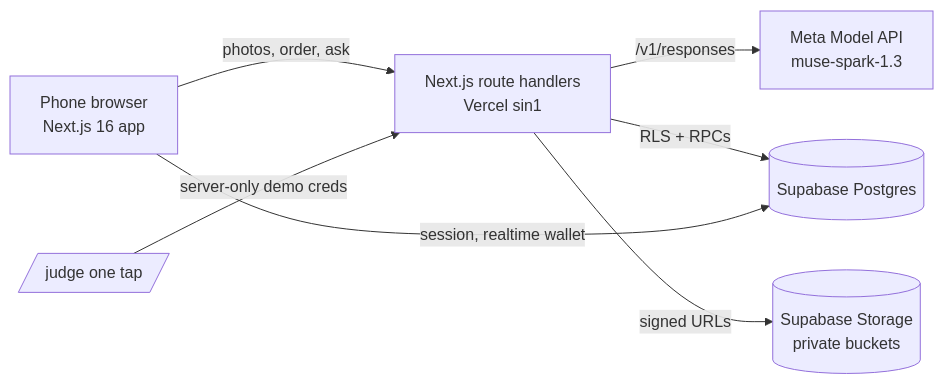
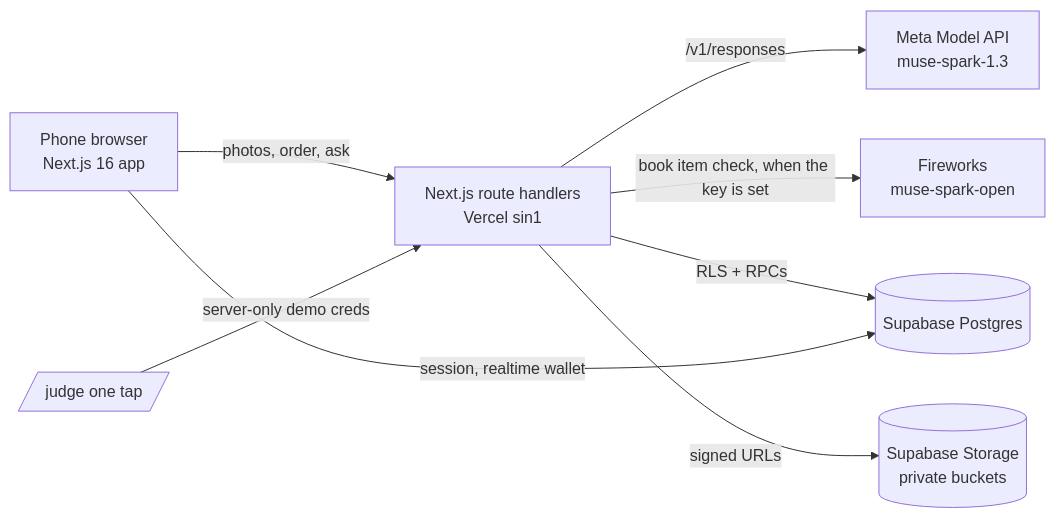
The diagram in README.md (proxadvertising-collab/prox-now), drawn with Mermaid before and after one commit. The commit also changed other lines of this file and 23 other files, not shown here.

````diff
--- a/README.md
+++ b/README.md
@@ -53,9 +57,10 @@
 ```mermaid
 flowchart LR
   P[Phone browser<br/>Next.js 16 app] -->|photos, order, ask| API[Next.js route handlers<br/>Vercel sin1]
   API -->|/v1/responses| M[Meta Model API<br/>muse-spark-1.3]
+  API -->|book item check, when the key is set| F[Fireworks<br/>muse-spark-open]
   API -->|RLS + RPCs| DB[(Supabase Postgres)]
   API -->|signed URLs| S[(Supabase Storage<br/>private buckets)]
   P -->|session, realtime wallet| DB
   J[/judge one tap/] -->|server-only demo creds| API
 ```
````
